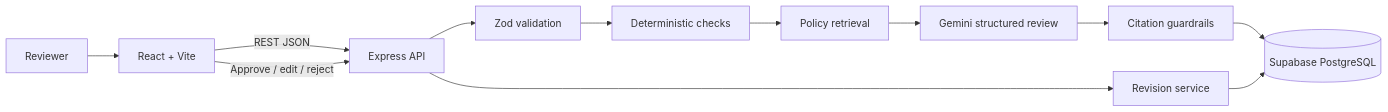
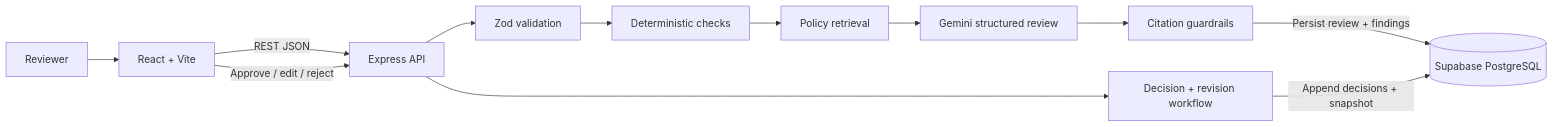
One commit to ashwani-raj1/Aggroso changed the first of 6 diagrams in README.md. Above: the diagram before and after it, drawn with Mermaid. The commit also changed other lines of this file and 4 other files, not shown here.

Commit message:
docs: refresh workflows ER model and screenshots

````diff
--- a/README.md
+++ b/README.md
@@ -66,14 +86,14 @@
 ```mermaid
 flowchart LR
     U[Reviewer] --> F[React + Vite]
     F -->|REST JSON| E[Express API]
     E --> Z[Zod validation]
     Z --> D[Deterministic checks]
     D --> P[Policy retrieval]
     P --> G[Gemini structured review]
     G --> C[Citation guardrails]
-    C --> DB[(Supabase PostgreSQL)]
+    C -->|Persist review + findings| DB[(Supabase PostgreSQL)]
     F -->|Approve / edit / reject| E
-    E --> R[Revision service]
-    R --> DB
+    E --> R[Decision + revision workflow]
+    R -->|Append decisions + snapshot| DB
 ```
````
